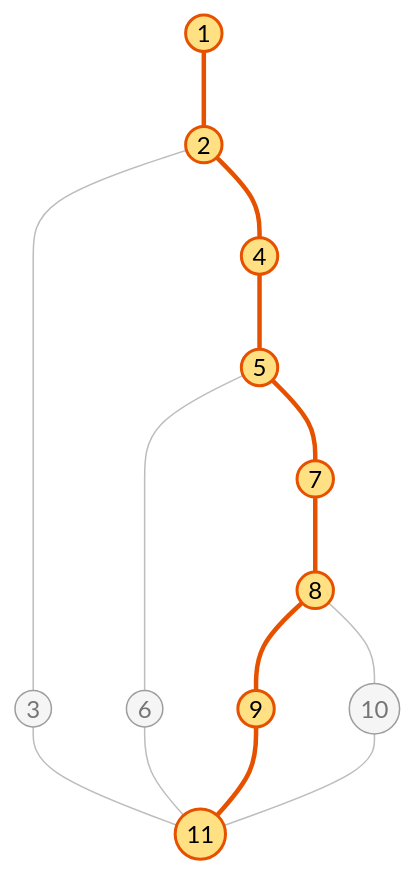
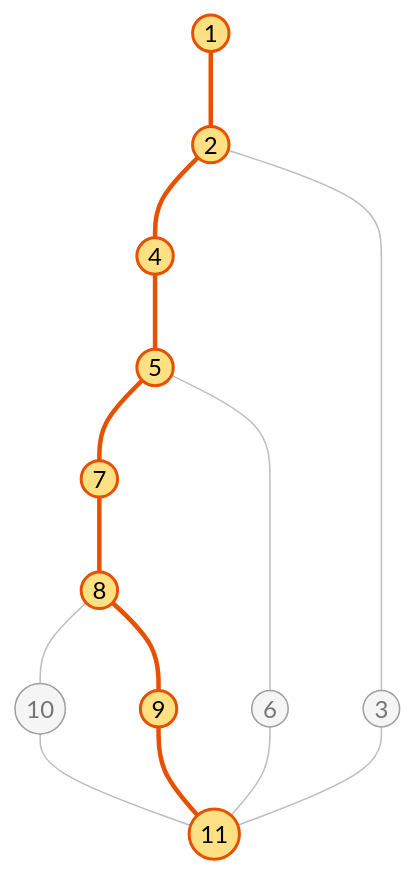
The fourth of 5 diagrams in tests/docs/caja_blanca_02_adquirir_pista.md (bloedige/itdb_ctf), drawn with Mermaid before and after one commit. The commit also changed other lines of this file and 47 other files, not shown here.

````diff
--- a/tests/docs/caja_blanca_02_adquirir_pista.md
+++ b/tests/docs/caja_blanca_02_adquirir_pista.md
@@ -134,21 +149,21 @@
 ```mermaid
 graph TD
     n1((1)) --- n2((2))
-    n2 --- n3((3))
-    n3 --- n11((11))
     n2 --- n4((4))
     n4 --- n5((5))
+    n5 --- n7((7))
+    n7 --- n8((8))
+    n8 --- n10((10))
+    n10 --- n11((11))
+    n8 --- n9((9))
+    n9 --- n11
     n5 --- n6((6))
     n6 --- n11
-    n5 --- n7((7))
-    n7 --- n8((8))
-    n8 --- n9((9))
-    n9 --- n11
-    n8 --- n10((10))
-    n10 --- n11
+    n2 --- n3((3))
+    n3 --- n11
     classDef default fill:#f5f5f5,stroke:#9e9e9e,color:#757575
     classDef camino fill:#ffe082,stroke:#e65100,stroke-width:2px,color:#000
     class n1,n2,n4,n5,n7,n8,n9,n11 camino
     linkStyle default stroke:#bdbdbd,stroke-width:1px
-    linkStyle 0,3,4,7,8,9,10 stroke:#e65100,stroke-width:3px
+    linkStyle 0,1,2,3,4,7,8 stroke:#e65100,stroke-width:3px
 ```
````
